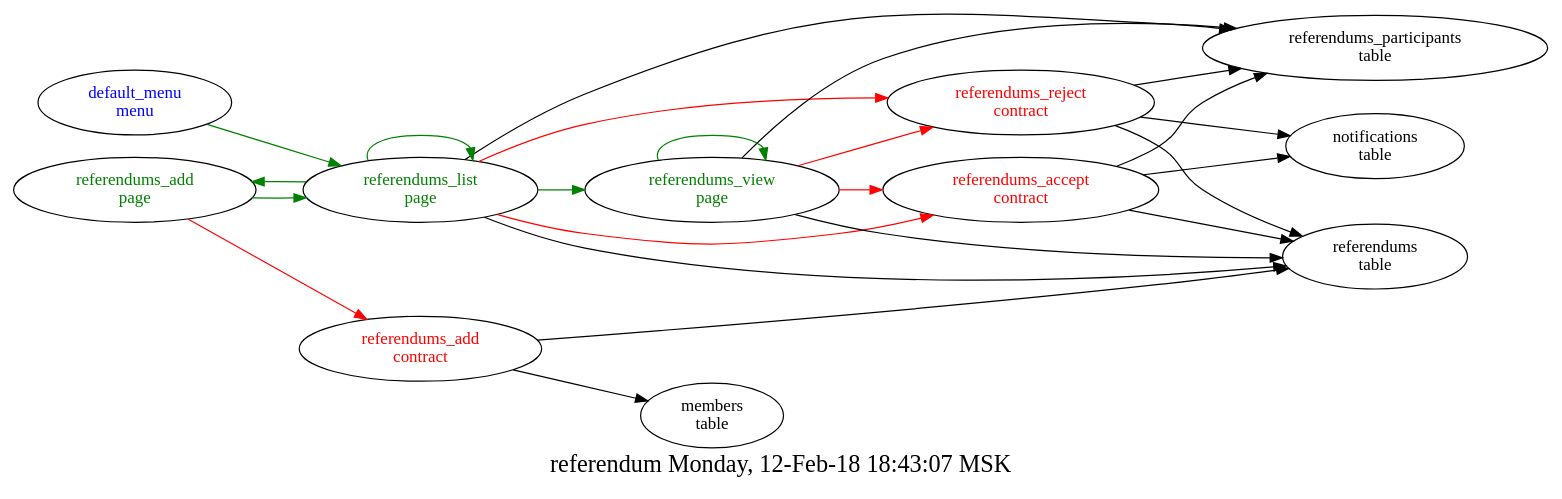
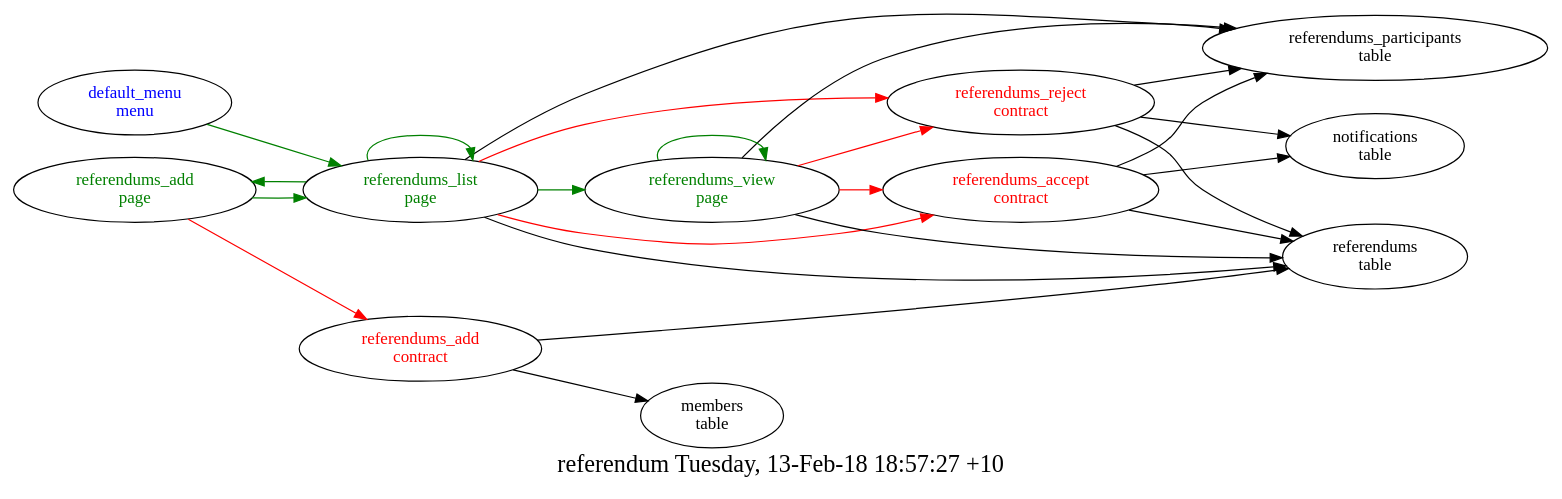
One commit to AplaProject/apps changed the diagram in src/referendum/struct.dot. Above: the diagram before and after it, drawn with Graphviz. The commit also changed 2 other files, not shown here.

```diff
--- a/src/referendum/struct.dot
+++ b/src/referendum/struct.dot
@@ -1,37 +1,35 @@
 digraph G {
 fontsize="20.0";
-label="referendum Monday, 12-Feb-18 18:43:07 MSK";
+label="referendum Tuesday, 13-Feb-18 18:57:27 +10";
 rankdir=LR;
 "referendums_accept\ncontract" -> "referendums\ntable"
 "referendums_accept\ncontract" -> "referendums_participants\ntable"
 "referendums_accept\ncontract" -> "notifications\ntable"
 "referendums_accept\ncontract" [fontcolor=red, group=contracts];
 "referendums_add\ncontract" -> "referendums\ntable"
 "referendums_add\ncontract" -> "members\ntable"
 "referendums_add\ncontract" [fontcolor=red, group=contracts];
 "referendums_reject\ncontract" -> "referendums\ntable"
 "referendums_reject\ncontract" -> "referendums_participants\ntable"
 "referendums_reject\ncontract" -> "notifications\ntable"
 "referendums_reject\ncontract" [fontcolor=red, group=contracts];
 "default_menu\nmenu" -> "referendums_list\npage"  [ color=green ]
 "default_menu\nmenu" [fontcolor=blue, group=menus];
 "referendums_add\npage" -> "referendums_add\ncontract"  [ color=red ]
 "referendums_add\npage" -> "referendums_list\npage"  [ color=green ]
 "referendums_add\npage" [fontcolor=green, group=pages];
 "referendums_list\npage" -> "referendums_reject\ncontract"  [ color=red ]
 "referendums_list\npage" -> "referendums_accept\ncontract"  [ color=red ]
 "referendums_list\npage" -> "referendums\ntable"
 "referendums_list\npage" -> "referendums_participants\ntable"
 "referendums_list\npage" -> "referendums_view\npage"  [ color=green ]
 "referendums_list\npage" -> "referendums_list\npage"  [ color=green ]
 "referendums_list\npage" -> "referendums_add\npage"  [ color=green ]
 "referendums_list\npage" [fontcolor=green, group=pages];
 "referendums_view\npage" -> "referendums_accept\ncontract"  [ color=red ]
 "referendums_view\npage" -> "referendums_reject\ncontract"  [ color=red ]
 "referendums_view\npage" -> "referendums\ntable"
 "referendums_view\npage" -> "referendums_participants\ntable"
 "referendums_view\npage" -> "referendums_view\npage"  [ color=green ]
 "referendums_view\npage" [fontcolor=green, group=pages];
-"referendums\ntable" [group=tables];
-"referendums_participants\ntable" [group=tables];
 }
```
